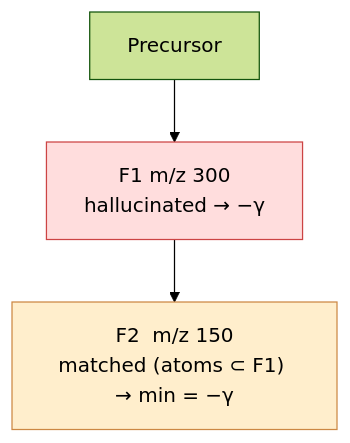
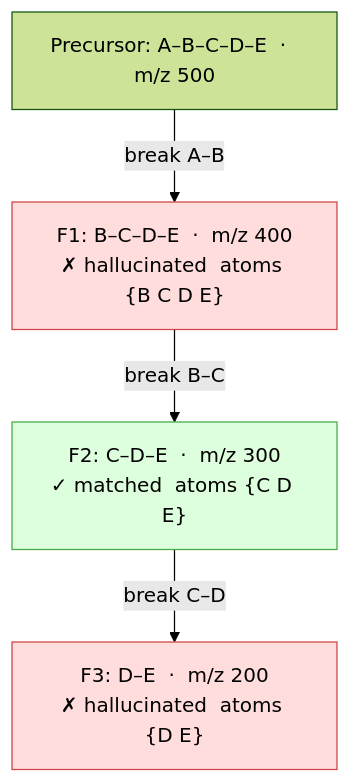
Before and after one commit to LZhang98/fragnnet: the first of 3 diagrams in docs/dag_guided_molecular_generation.md, drawn with Mermaid (forest theme). The commit also changed other lines of this file, not shown here.

````diff
--- a/docs/dag_guided_molecular_generation.md
+++ b/docs/dag_guided_molecular_generation.md
@@ -24,9 +35,13 @@
 ```mermaid
 flowchart TD
-    P["Precursor"]
-    F1["F1  m/z 300\nhallucinated → −γ"]
-    F2["F2  m/z 150\nmatched (atoms ⊂ F1) → min = −γ"]
-    P --> F1 --> F2
+    M["Precursor: A–B–C–D–E  ·  m/z 500"]
+    F1["F1: B–C–D–E  ·  m/z 400\n✗ hallucinated  atoms {B C D E}"]
+    F2["F2: C–D–E  ·  m/z 300\n✓ matched  atoms {C D E}"]
+    F3["F3: D–E  ·  m/z 200\n✗ hallucinated  atoms {D E}"]
+    M -->|"break A–B"| F1
+    F1 -->|"break B–C"| F2
+    F2 -->|"break C–D"| F3
     style F1 fill:#ffdddd,stroke:#cc4444
-    style F2 fill:#ffeecc,stroke:#cc8844
+    style F2 fill:#ddffdd,stroke:#44aa44
+    style F3 fill:#ffdddd,stroke:#cc4444
 ```
````
